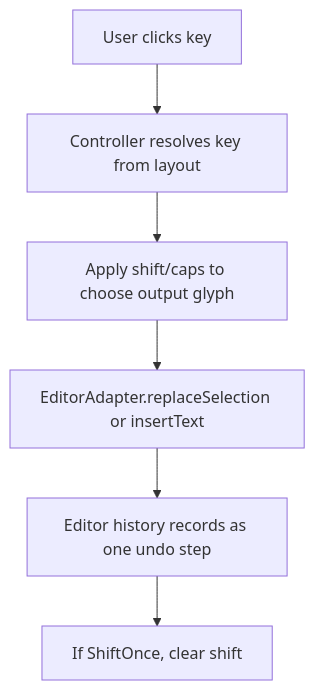
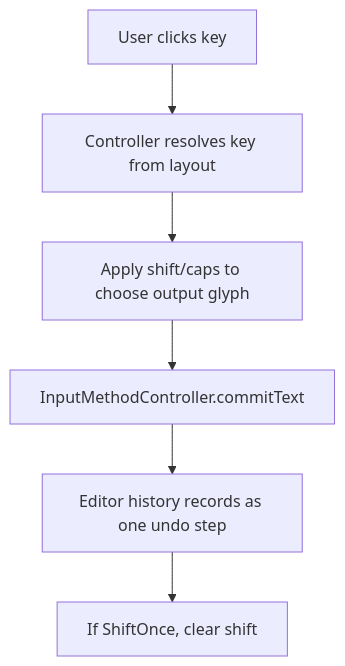
One commit to TommyKolb/GlossaDocs changed the seventh of 8 diagrams in docs/user-story-3-onscreen-keyboard-spec.md. Above: the diagram before and after it, drawn with Mermaid. The commit also changed other lines of this file and 5 other files, not shown here.

````diff
--- a/docs/user-story-3-onscreen-keyboard-spec.md
+++ b/docs/user-story-3-onscreen-keyboard-spec.md
@@ -230,8 +238,8 @@
 ```mermaid
 flowchart TD
   A[User clicks key] --> B[Controller resolves key from layout]
   B --> C[Apply shift/caps to choose output glyph]
-  C --> D[EditorAdapter.replaceSelection or insertText]
+  C --> D[InputMethodController.commitText]
   D --> E[Editor history records as one undo step]
   E --> F[If ShiftOnce, clear shift]
 ```
````
